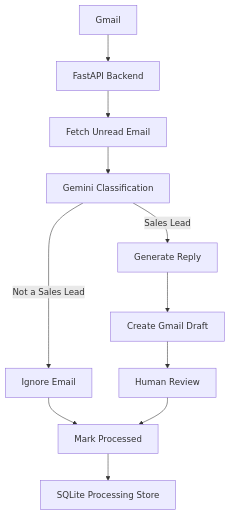
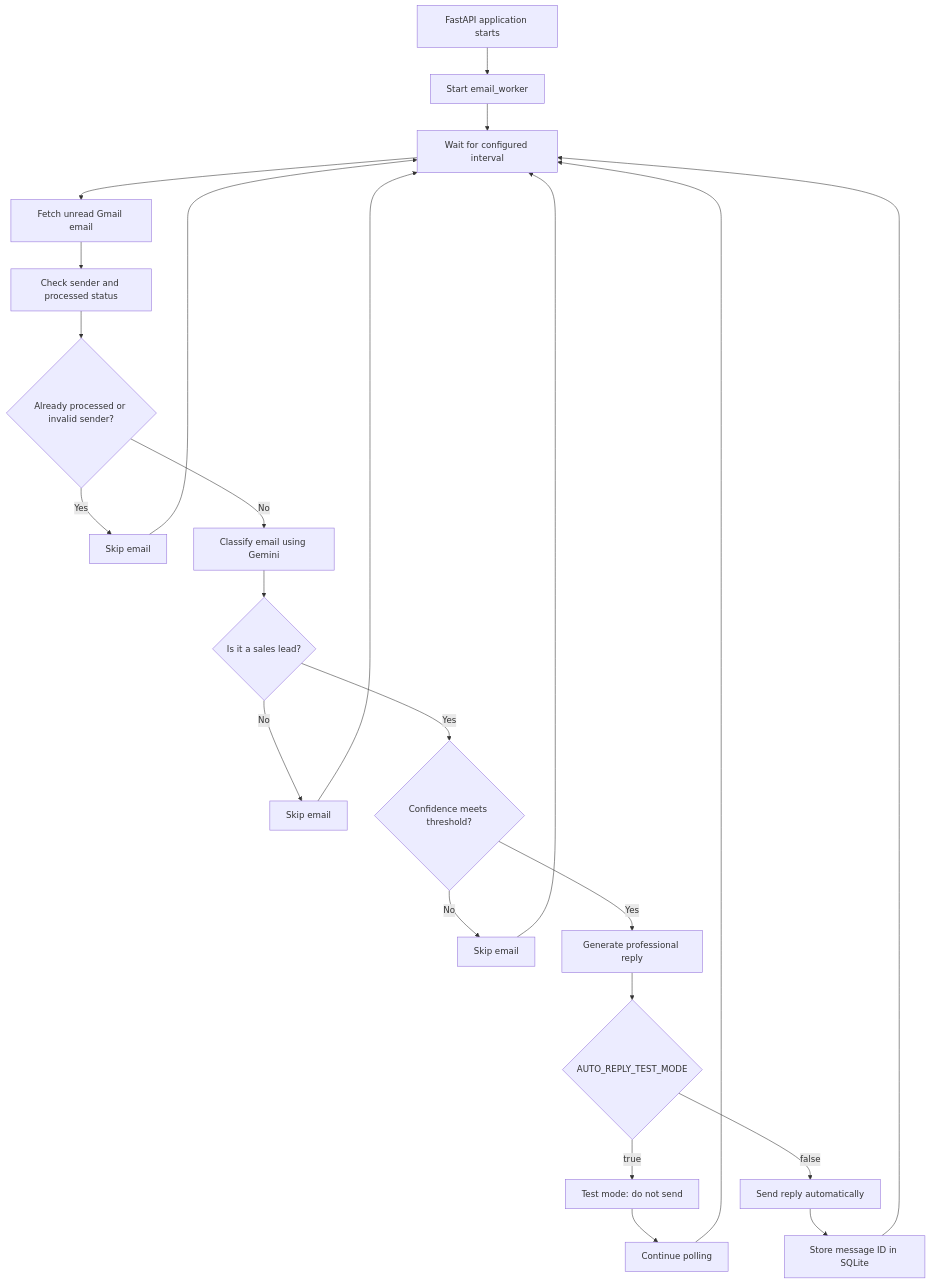
One commit to asirrafique/AI-Email-Automation changed the second of 2 diagrams in README.md. Above: the diagram before and after it, drawn with Mermaid. The commit also changed other lines of this file and 9 other files, not shown here.

````diff
--- a/README.md
+++ b/README.md
@@ -25,17 +80,34 @@
 ```mermaid
 flowchart TD
-    A[Gmail] --> B[FastAPI Backend]
-    B --> C[Fetch Unread Email]
-    C --> D[Gemini Classification]
+    A[FastAPI application starts] --> B[Start email_worker]
+    B --> C[Wait for configured interval]
+    C --> D[Fetch unread Gmail email]
+    D --> E[Check sender and processed status]
 
-    D -->|Not a Sales Lead| E[Ignore Email]
-    D -->|Sales Lead| F[Generate Reply]
+    E --> F{Already processed or invalid sender?}
+    F -->|Yes| G[Skip email]
+    G --> C
 
-    F --> G[Create Gmail Draft]
-    G --> H[Human Review]
+    F -->|No| H[Classify email using Gemini]
+    H --> I{Is it a sales lead?}
 
-    E --> I[Mark Processed]
-    H --> I[Mark Processed]
+    I -->|No| J[Skip email]
+    J --> C
 
-    I --> J[SQLite Processing Store]
+    I -->|Yes| K{Confidence meets threshold?}
+
+    K -->|No| L[Skip email]
+    L --> C
+
+    K -->|Yes| M[Generate professional reply]
+    M --> N{AUTO_REPLY_TEST_MODE}
+
+    N -->|true| O[Test mode: do not send]
+    N -->|false| P[Send reply automatically]
+
+    O --> Q[Continue polling]
+    P --> R[Store message ID in SQLite]
+
+    R --> C
+    Q --> C
 ```
````
